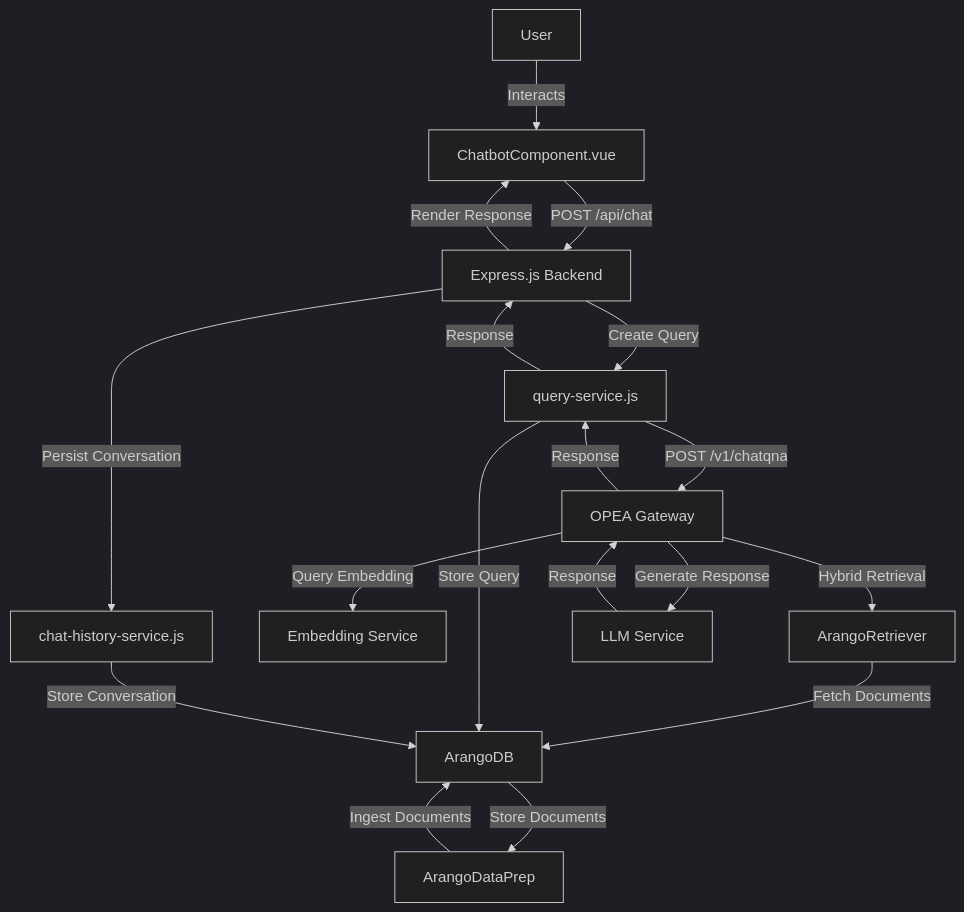
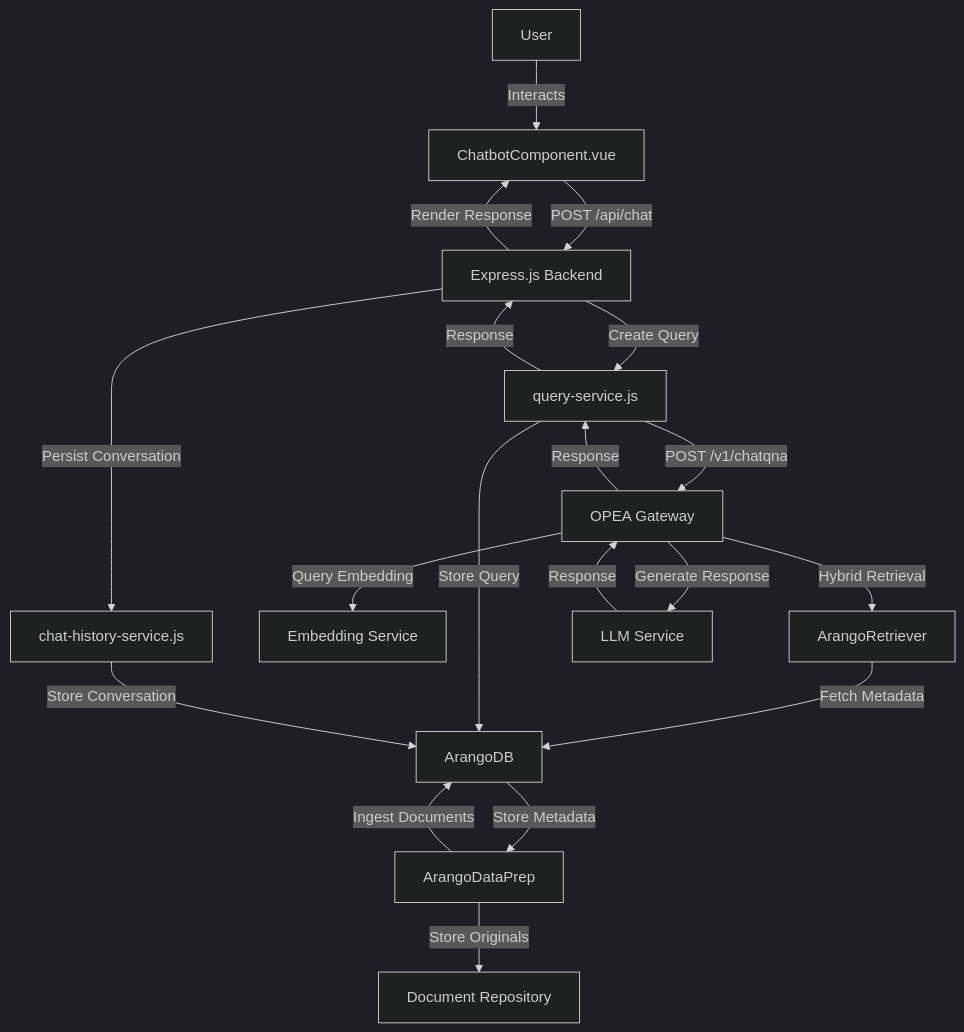
Before and after one commit to jrevillard/genie-ai-replica: the first of 2 diagrams in components/gov-chat-frontend/opea-integration-guide.md, drawn with Mermaid (dark theme). The commit also changed other lines of this file, not shown here.

Commit message:
Adjusted the integration guide to cater for multiple services and treating the category and related or unrelated services as data labels.

````diff
--- a/components/gov-chat-frontend/opea-integration-guide.md
+++ b/components/gov-chat-frontend/opea-integration-guide.md
@@ -36,20 +39,21 @@
 ```mermaid
 graph TD
     A[User] -->|Interacts| B[ChatbotComponent.vue]
     B -->|POST /api/chat| C[Express.js Backend]
     C -->|Create Query| D[query-service.js]
     C -->|Persist Conversation| E[chat-history-service.js]
     D -->|POST /v1/chatqna| F[OPEA Gateway]
     F -->|Query Embedding| G[Embedding Service]
     F -->|Hybrid Retrieval| H[ArangoRetriever]
-    H -->|Fetch Documents| I[ArangoDB]
+    H -->|Fetch Metadata| I[ArangoDB]
     F -->|Generate Response| J[LLM Service]
-    I -->|Store Documents| K[ArangoDataPrep]
+    I -->|Store Metadata| K[ArangoDataPrep]
+    K -->|Store Originals| L[Document Repository]
     K -->|Ingest Documents| I
     J -->|Response| F
     F -->|Response| D
     D -->|Store Query| I
     E -->|Store Conversation| I
     D -->|Response| C
     C -->|Render Response| B
 ```
````
